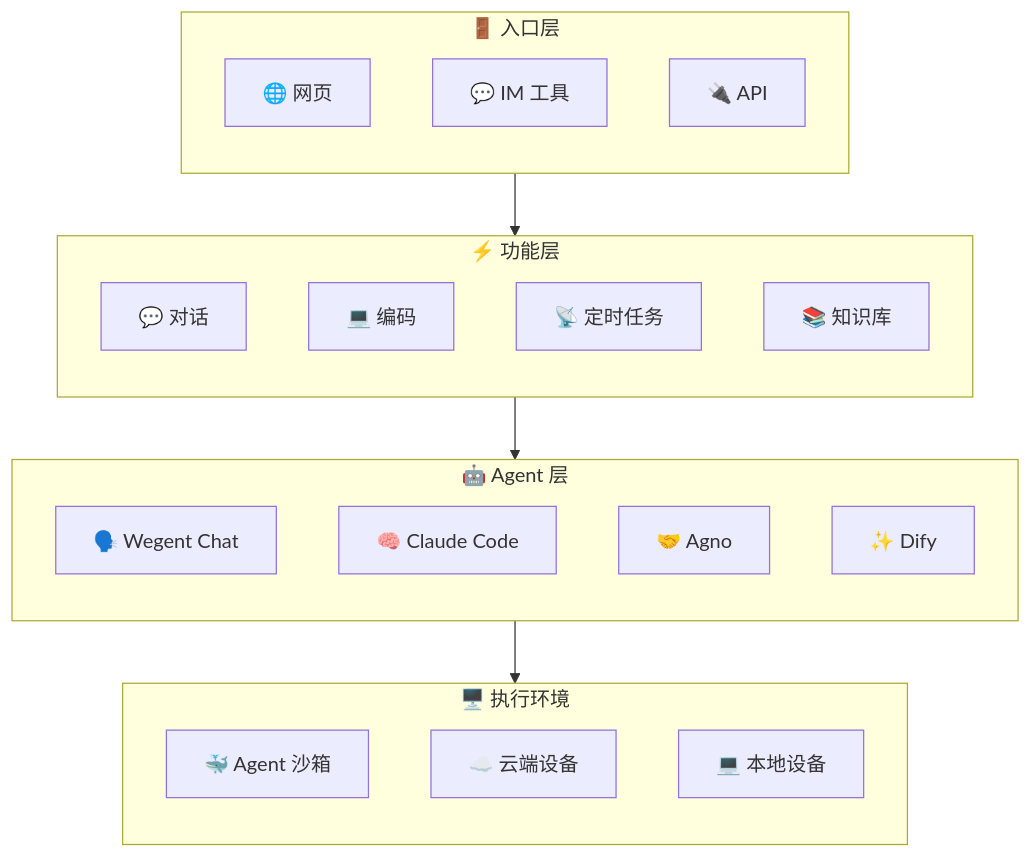
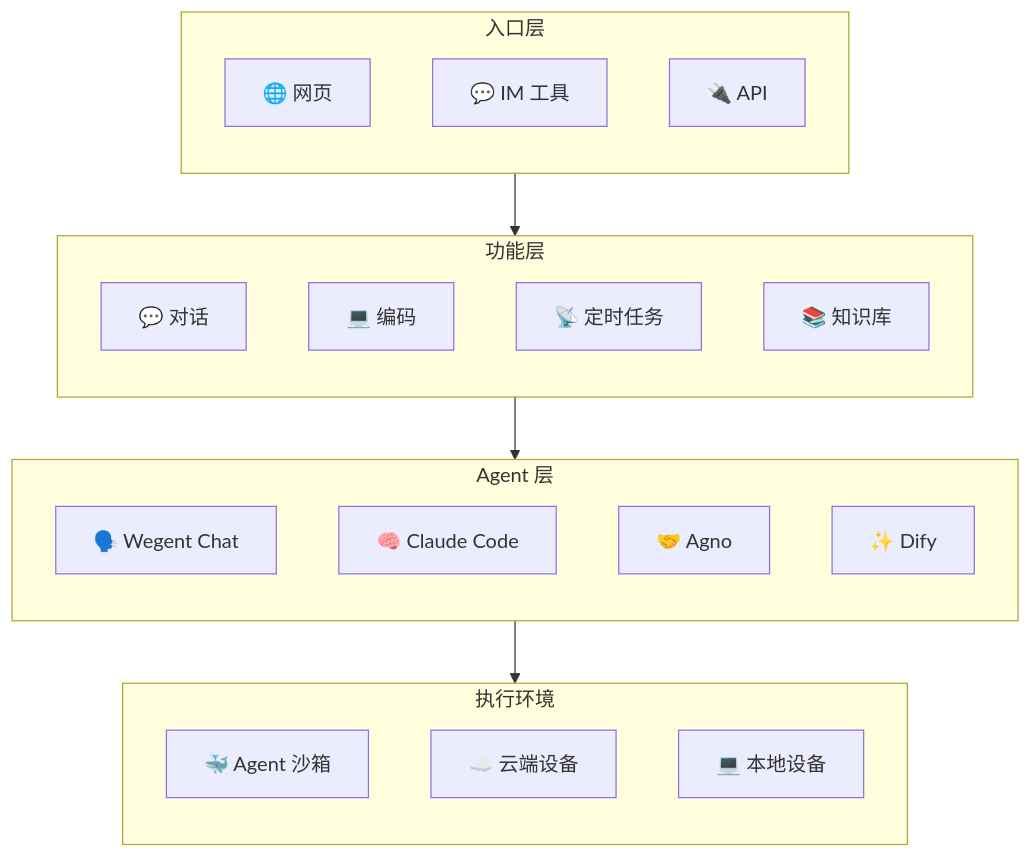
The diagram in README_zh.md (wecode-ai/Wegent), drawn with Mermaid before and after one commit. The commit also changed 1 other file, not shown here.

````diff
--- a/README_zh.md
+++ b/README_zh.md
@@ -28,36 +28,36 @@
 ```mermaid
 graph TB
-    subgraph Access["🚪 入口层"]
+    subgraph Access["入口层"]
         direction TB
         Web["🌐 网页"]
         IM["💬 IM 工具"]
         API["🔌 API"]
     end
 
-    subgraph Features["⚡ 功能层"]
+    subgraph Features["功能层"]
         direction TB
         Chat["💬 对话"]
         Code["💻 编码"]
         Feed["📡 定时任务"]
         Knowledge["📚 知识库"]
     end
 
-    subgraph Agents["🤖 Agent 层"]
+    subgraph Agents["Agent 层"]
         direction TB
         ChatShell["🗣️ Wegent Chat"]
         ClaudeCode["🧠 Claude Code"]
         Agno["🤝 Agno"]
         Dify["✨ Dify"]
     end
 
-    subgraph Execution["🖥️ 执行环境"]
+    subgraph Execution["执行环境"]
         direction TB
         Docker["🐳 Agent 沙箱"]
         Cloud["☁️ 云端设备"]
         Local["💻 本地设备"]
     end
 
     Access --> Features
     Features --> Agents
     Agents --> Execution
 ```
````
